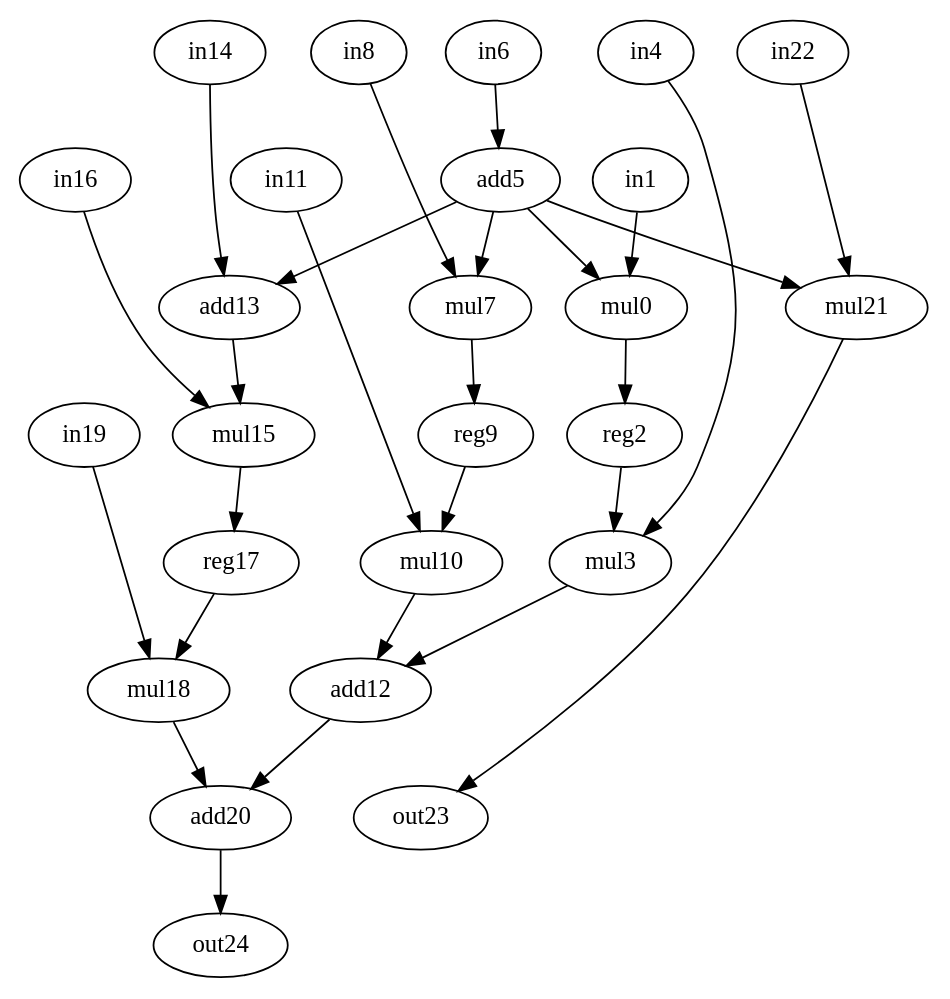
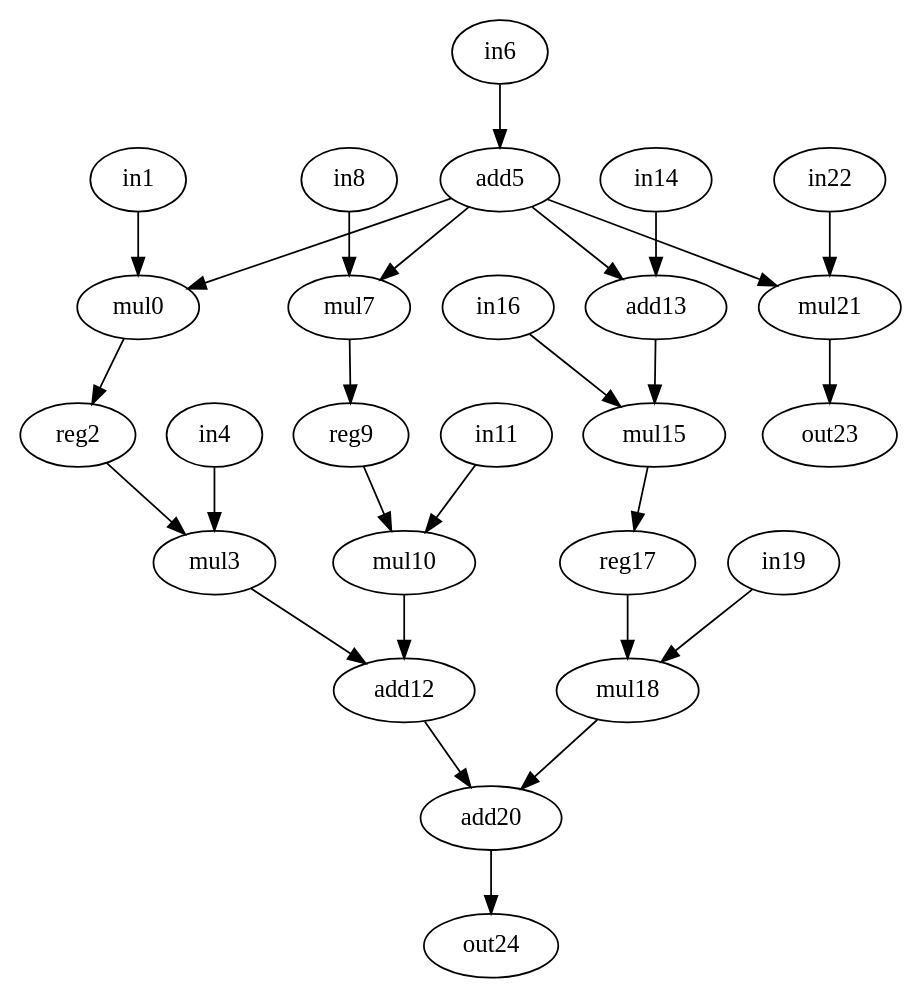
One commit to jeronimopenha/traversal_project changed the diagram in bench/m_bench/dac/conv3.dot. Above: the diagram before and after it, drawn with Graphviz. The commit also changed 5 other files, not shown here.

```diff
--- a/bench/m_bench/dac/conv3.dot
+++ b/bench/m_bench/dac/conv3.dot
@@ -1,54 +1,54 @@
 digraph conv3 {
     0 [label = mul0 op = mul ] ;
     1 [label = in1 op = in ] ;
     2 [label = reg2 op = reg ]; 
     3 [label = mul3 op = mul ] ;
     4 [label = in4 op = in ] ;
     5 [label = add5 op = add value = 2 ] ;
     6 [label = in6 op = in ] ;
     7 [label = mul7 op = mul ]; 
     8 [label = in8 op = in ] ;
     9 [label = reg9 op = reg ]; 
     10 [label = mul10 op = mul ]; 
     11 [label = in11 op = in ] ;
     12 [label = add12 op = add ]; 
     13 [label = add13 op = addi value = 2 ]; 
     14 [label = in14 op = in ] ;
     15 [label = mul15 op = mul ]; 
     16 [label = in16 op = in ] ;
     17 [label = reg17 op = reg ]; 
     18 [label = mul18 op = mul ] ;
     19 [label = in19 op = in ] ;
     20 [label = add20 op = add ]; 
     21 [label = mul21 op = mul ] ;
     22 [label = in22 op = in ] ;
     23 [label = out23 op = out ]; 
     24 [label = out24 op = out ] ;
     
-    1 -> 0 [port = 0  weight = 0 ]; 
-    5 -> 0 [port = 1  weight = 0 ] ;
-    0 -> 2 [port = 0  weight = 0 ] ;
-    2 -> 3 [port = 0  weight = 0 ] ;
-    4 -> 3 [port = 1  weight = 0 ] ;
-    6 -> 5 [port = 0  weight = 0 ] ;
-    5 -> 7 [port = 0  weight = 0 ] ;
-    8 -> 7 [port = 1  weight = 0 ] ;
-    7 -> 9 [port = 0  weight = 0 ] ;
-    9 -> 10 [port = 0  weight = 0 ] ;
-    11 -> 10 [port = 1  weight = 0 ] ;
-    3 -> 12 [port = 0  weight = 0 ] ;
-    10 -> 12 [port = 1  weight = 0 ] ;
-    5 -> 13 [port = 0  weight = 0 ] ;
-    14 -> 13 [port = 1  weight = 0 ] ;
-    13 -> 15 [port = 0  weight = 0 ] ;
-    16 -> 15 [port = 1  weight = 0 ] ;
-    15 -> 17 [port = 0  weight = 0 ] ;
-    17 -> 18 [port = 0  weight = 0 ] ;
-    19 -> 18 [port = 1  weight = 0 ] ;
-    12 -> 20 [port = 0  weight = 0 ] ;
-    18 -> 20 [port = 1  weight = 0 ] ;
-    5 -> 21 [port = 0  weight = 0 ] ;
-    22 -> 21 [port = 1  weight = 0 ] ;
-    20 -> 24 [port = 0  weight = 0 ] ;
-    21 -> 23 [port = 0  weight = 0 ] ;
+    1 -> 0 [port = 0  w = 0 ]; 
+    5 -> 0 [port = 1  w = 0 ] ;
+    0 -> 2 [port = 0  w = 0 ] ;
+    2 -> 3 [port = 0  w = 0 ] ;
+    4 -> 3 [port = 1  w = 0 ] ;
+    6 -> 5 [port = 0  w = 0 ] ;
+    5 -> 7 [port = 0  w = 0 ] ;
+    8 -> 7 [port = 1  w = 0 ] ;
+    7 -> 9 [port = 0  w = 0 ] ;
+    9 -> 10 [port = 0  w = 0 ] ;
+    11 -> 10 [port = 1  w = 0 ] ;
+    3 -> 12 [port = 0  w = 0 ] ;
+    10 -> 12 [port = 1  w = 0 ] ;
+    5 -> 13 [port = 0  w = 0 ] ;
+    14 -> 13 [port = 1  w = 0 ] ;
+    13 -> 15 [port = 0  w = 0 ] ;
+    16 -> 15 [port = 1  w = 0 ] ;
+    15 -> 17 [port = 0  w = 0 ] ;
+    17 -> 18 [port = 0  w = 0 ] ;
+    19 -> 18 [port = 1  w = 0 ] ;
+    12 -> 20 [port = 0  w = 0 ] ;
+    18 -> 20 [port = 1  w = 0 ] ;
+    5 -> 21 [port = 0  w = 0 ] ;
+    22 -> 21 [port = 1  w = 0 ] ;
+    20 -> 24 [port = 0  w = 0 ] ;
+    21 -> 23 [port = 0  w = 0 ] ;
 }
```
